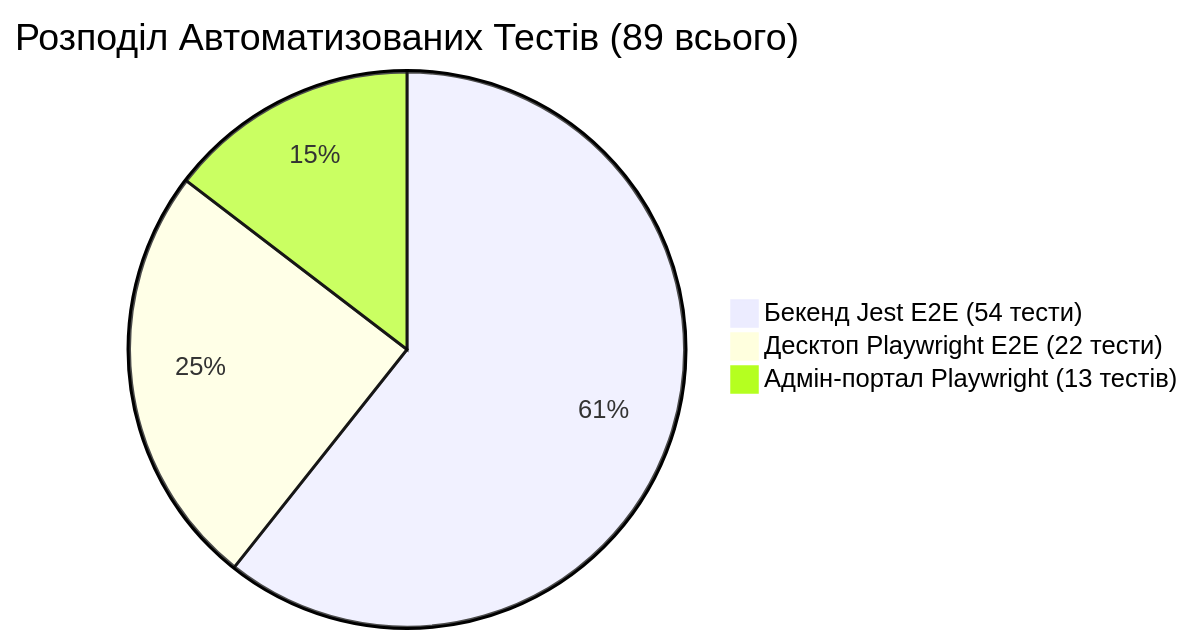
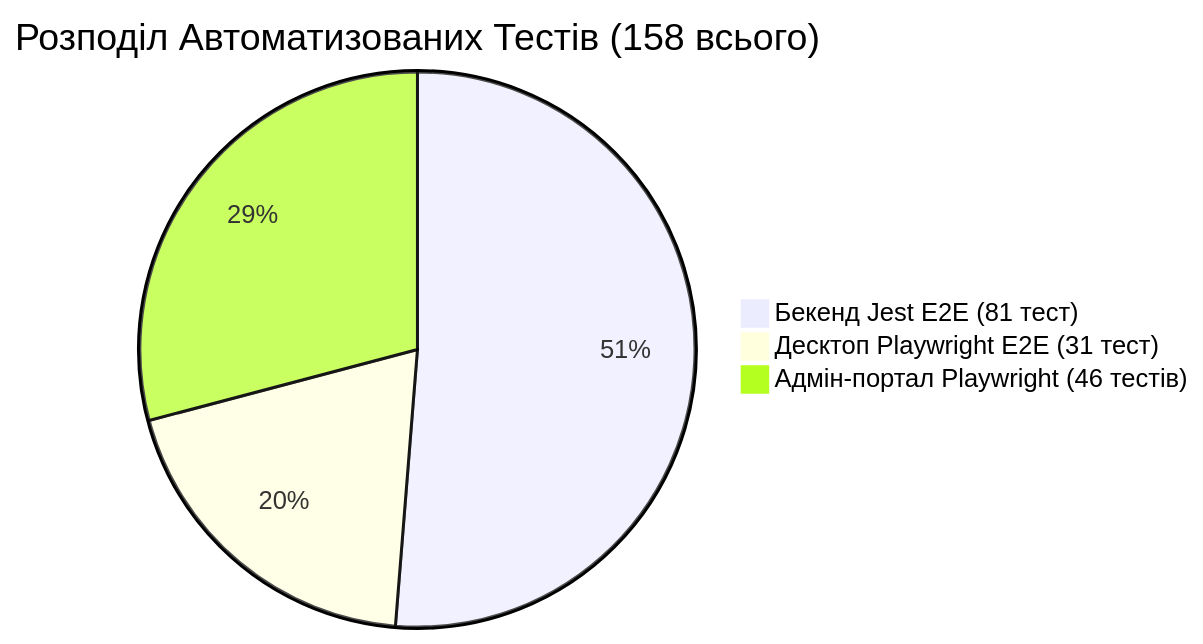
The diagram in wiki/07-testing-and-qa/testing-strategy.md (OlegFutornoi/SmartFeedStudio), drawn with Mermaid before and after one commit. The commit also changed other lines of this file and 298 other files, not shown here.

````diff
--- a/wiki/07-testing-and-qa/testing-strategy.md
+++ b/wiki/07-testing-and-qa/testing-strategy.md
@@ -7,6 +7,6 @@
 ```mermaid
-pie title Розподіл Автоматизованих Тестів (89 всього)
-    "Бекенд Jest E2E (54 тести)" : 54
-    "Десктоп Playwright E2E (22 тести)" : 22
-    "Адмін-портал Playwright (13 тестів)" : 13
+pie title Розподіл Автоматизованих Тестів (158 всього)
+    "Бекенд Jest E2E (81 тест)" : 81
+    "Десктоп Playwright E2E (31 тест)" : 31
+    "Адмін-портал Playwright (46 тестів)" : 46
 ```
````
